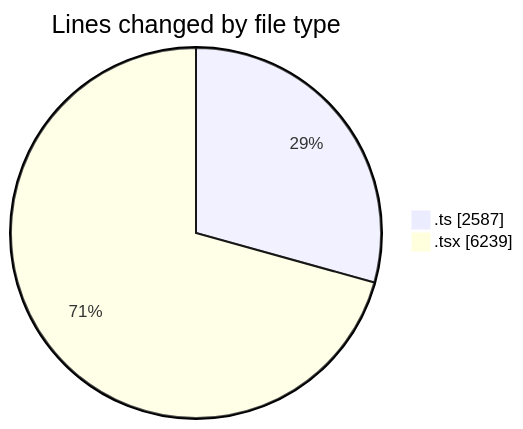
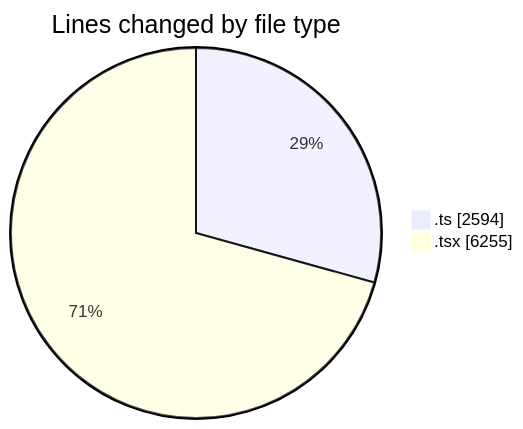
The first of 2 diagrams in 2025-07-01/cda/README.md (momahboobian/code-tracking), drawn with Mermaid before and after one commit. The commit also changed other lines of this file and 1 other file, not shown here.

````diff
--- a/2025-07-01/cda/README.md
+++ b/2025-07-01/cda/README.md
@@ -44,6 +44,6 @@
 ```mermaid
 pie showData
 title Lines changed by file type
-".ts" : 2587
-".tsx" : 6239
+".ts" : 2594
+".tsx" : 6255
 ```
````
